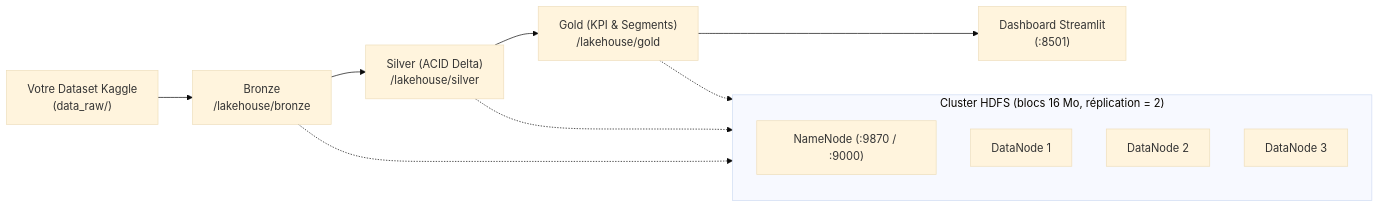
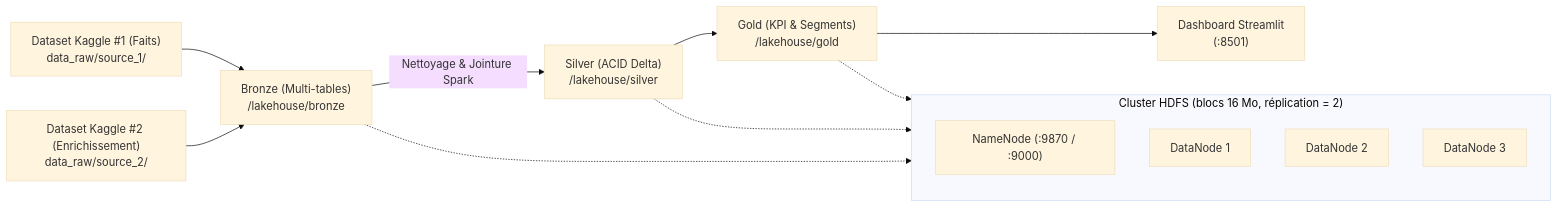
One commit to 104MJ/TP-datalake changed the diagram in README.md. Above: the diagram before and after it, drawn with Mermaid (base theme). The commit also changed other lines of this file and 16 other files, not shown here.

Commit message:
feat: upgrade stack to Ubuntu 26.04, Python 3.15, Hadoop 3.5, Spark 4.2 & add multi-dataset join support

````diff
--- a/README.md
+++ b/README.md
@@ -7,18 +7,19 @@
 ```mermaid
 flowchart LR
-    K["Votre Dataset Kaggle<br/>(data_raw/)"] --> B["Bronze<br/>/lakehouse/bronze"]
-    B --> S["Silver (ACID Delta)<br/>/lakehouse/silver"]
+    K1["Dataset Kaggle #1 (Faits)<br/>data_raw/source_1/"] --> B["Bronze (Multi-tables)<br/>/lakehouse/bronze"]
+    K2["Dataset Kaggle #2 (Enrichissement)<br/>data_raw/source_2/"] --> B
+    B -->|"Nettoyage & Jointure Spark"| S["Silver (ACID Delta)<br/>/lakehouse/silver"]
     S --> G["Gold (KPI & Segments)<br/>/lakehouse/gold"]
     G --> ST["Dashboard Streamlit<br/>(:8501)"]
 
     subgraph HDFS["Cluster HDFS (blocs 16 Mo, réplication = 2)"]
       NN["NameNode (:9870 / :9000)"]
       DN1["DataNode 1"]
       DN2["DataNode 2"]
       DN3["DataNode 3"]
     end
 
     B -.-> HDFS
     S -.-> HDFS
     G -.-> HDFS
 ```
````
